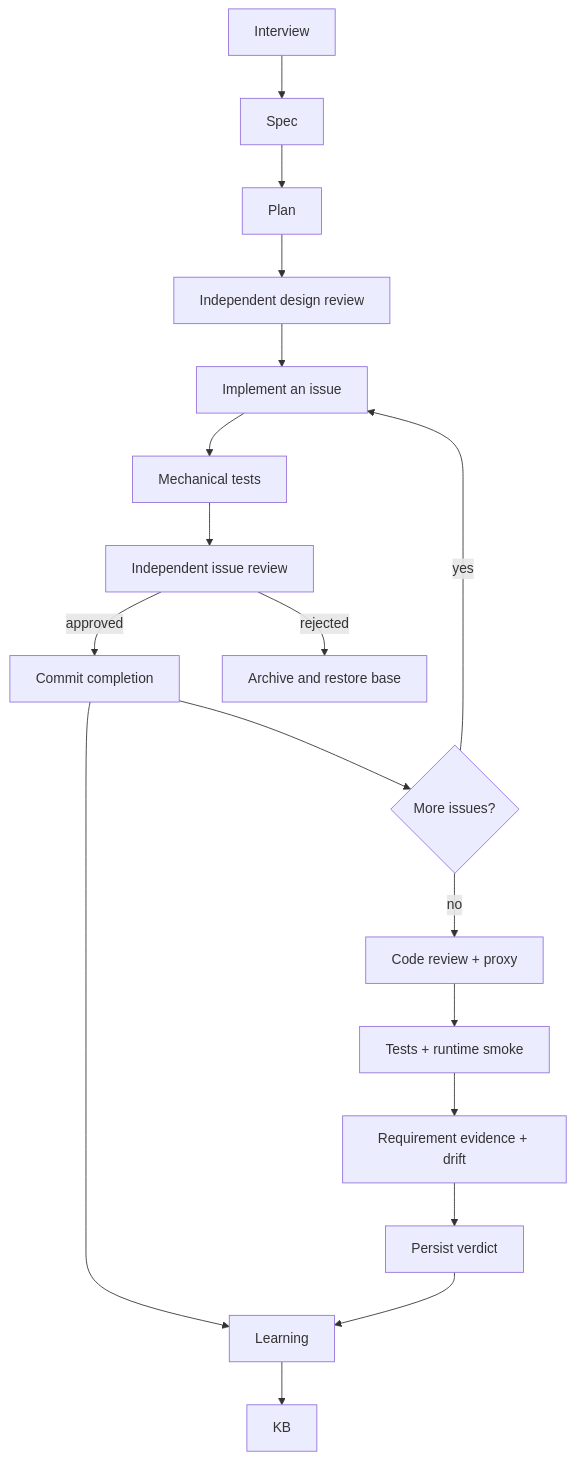
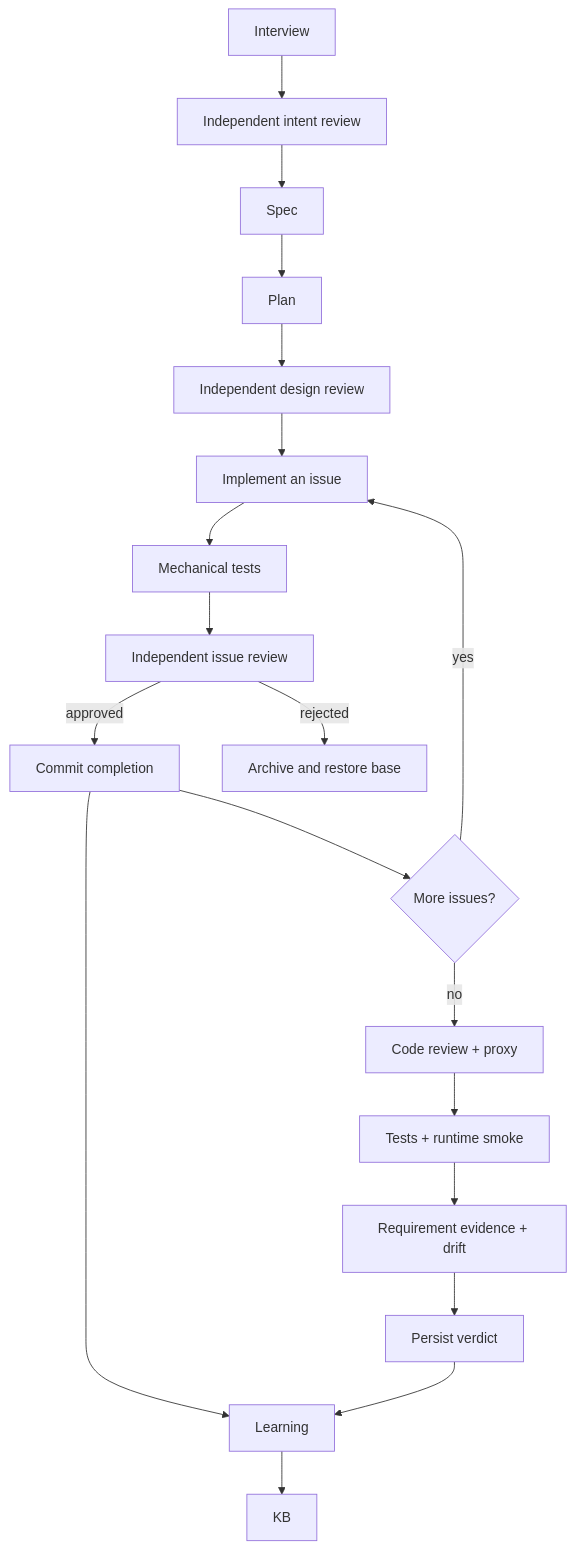
One commit to jairorodriguezarias/siesta changed the diagram in docs/architecture.md. Above: the diagram before and after it, drawn with Mermaid. The commit also changed other lines of this file and 14 other files, not shown here.

Commit message:
Review finalized intent against human evidence

````diff
--- a/docs/architecture.md
+++ b/docs/architecture.md
@@ -7,18 +7,19 @@
 ```mermaid
 flowchart TD
-    Interview --> Spec --> Plan --> DesignReview[Independent design review]
+    Interview --> IntentReview[Independent intent review]
+    IntentReview --> Spec --> Plan --> DesignReview[Independent design review]
     DesignReview --> Worker[Implement an issue]
     Worker --> Tests[Mechanical tests]
     Tests --> IssueReview[Independent issue review]
     IssueReview -->|approved| Commit[Commit completion]
     IssueReview -->|rejected| Recovery[Archive and restore base]
     Commit --> More{More issues?}
     More -->|yes| Worker
     More -->|no| Review[Code review + proxy]
     Review --> Verify[Tests + runtime smoke]
     Verify --> Evidence[Requirement evidence + drift]
     Evidence --> Result[Persist verdict]
     Commit --> Learning
     Result --> Learning
     Learning --> KB
 ```
````
